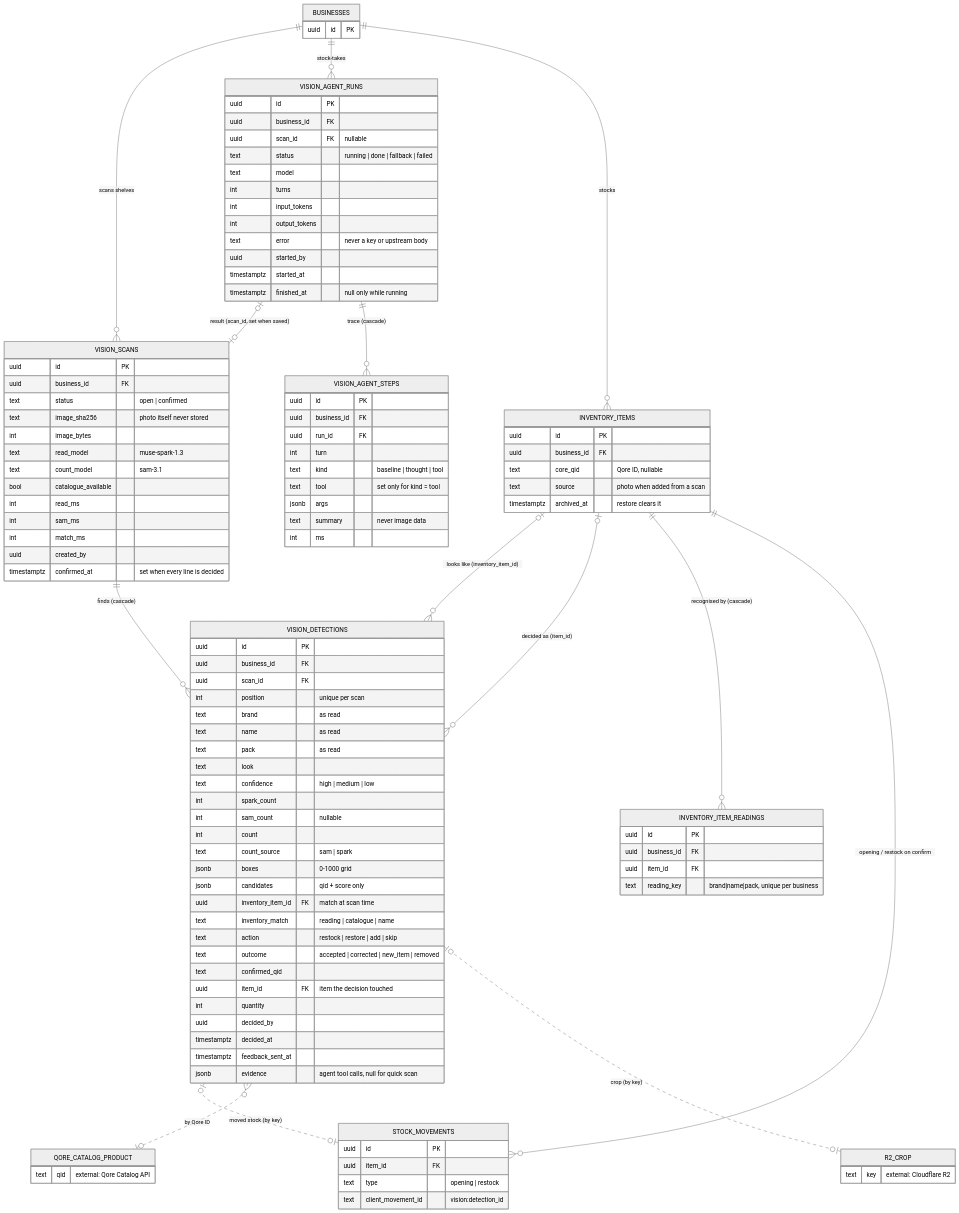
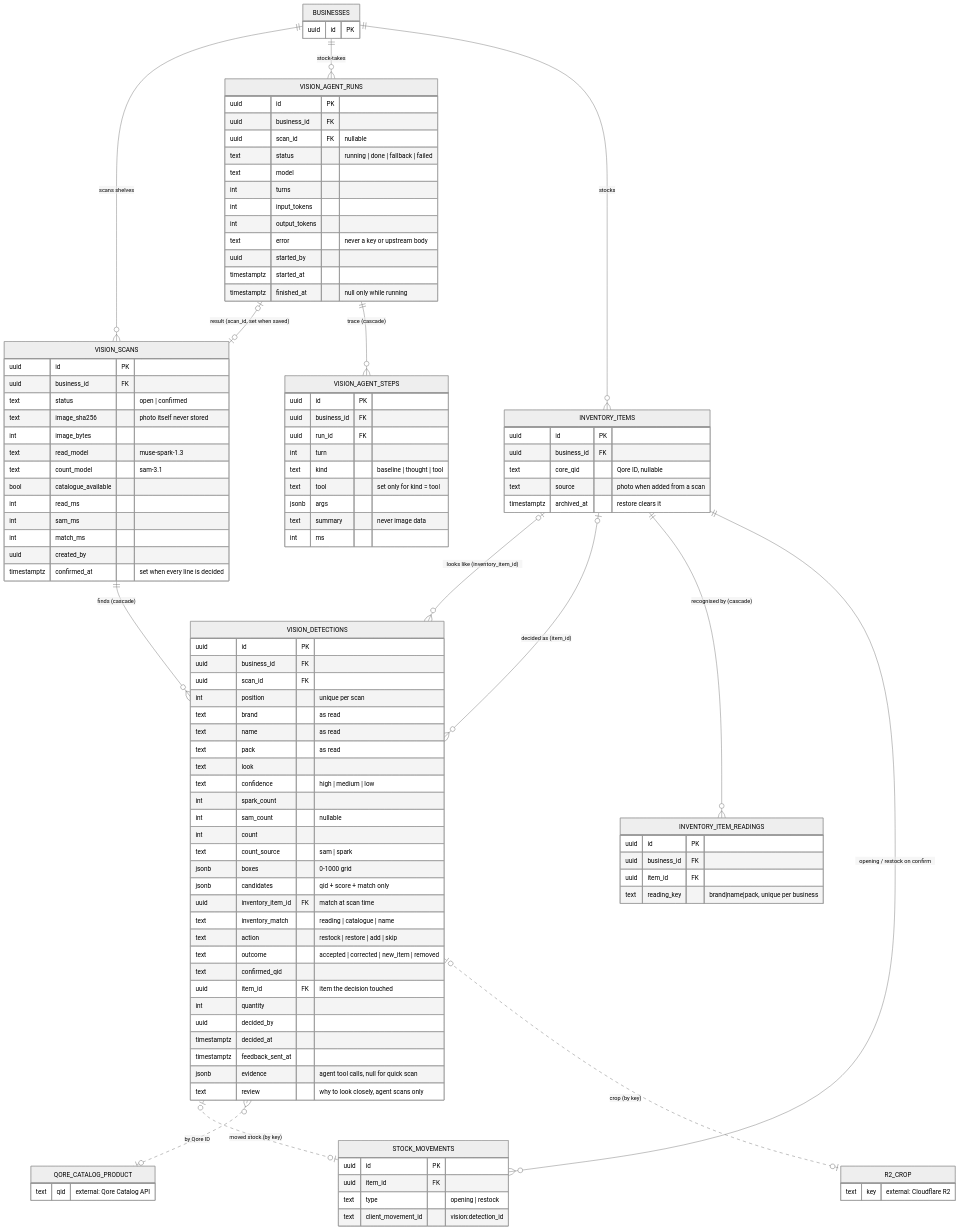
The diagram in docs/diagrams/mermaid/vision-schema-erd.mmd (usecorehq/tally), drawn with Mermaid before and after one commit. The commit also changed 12 other files, not shown here.

Commit message:
docs: stock-take history, reopened scans and the review column

```diff
--- a/docs/diagrams/mermaid/vision-schema-erd.mmd
+++ b/docs/diagrams/mermaid/vision-schema-erd.mmd
@@ -1,113 +1,114 @@
 %%{init: {"theme": "neutral"} }%%
 erDiagram
     %% Solid line = foreign key in Postgres. Dashed line = soft link (a value, no FK).
     BUSINESSES ||--o{ VISION_SCANS : "scans shelves"
     BUSINESSES ||--o{ VISION_AGENT_RUNS : "stock-takes"
     BUSINESSES ||--o{ INVENTORY_ITEMS : stocks
     VISION_SCANS ||--o{ VISION_DETECTIONS : "finds (cascade)"
     VISION_AGENT_RUNS |o--o| VISION_SCANS : "result (scan_id, set when saved)"
     VISION_AGENT_RUNS ||--o{ VISION_AGENT_STEPS : "trace (cascade)"
     INVENTORY_ITEMS |o--o{ VISION_DETECTIONS : "looks like (inventory_item_id)"
     INVENTORY_ITEMS |o--o{ VISION_DETECTIONS : "decided as (item_id)"
     INVENTORY_ITEMS ||--o{ INVENTORY_ITEM_READINGS : "recognised by (cascade)"
     INVENTORY_ITEMS ||--o{ STOCK_MOVEMENTS : "opening / restock on confirm"
     VISION_DETECTIONS |o..o| STOCK_MOVEMENTS : "moved stock (by key)"
     VISION_DETECTIONS }o..o| QORE_CATALOG_PRODUCT : "by Qore ID"
     VISION_DETECTIONS |o..o| R2_CROP : "crop (by key)"
 
     BUSINESSES {
         uuid id PK
     }
     INVENTORY_ITEMS {
         uuid id PK
         uuid business_id FK
         text core_qid "Qore ID, nullable"
         text source "photo when added from a scan"
         timestamptz archived_at "restore clears it"
     }
     VISION_SCANS {
         uuid id PK
         uuid business_id FK
         text status "open | confirmed"
         text image_sha256 "photo itself never stored"
         int image_bytes
         text read_model "muse-spark-1.3"
         text count_model "sam-3.1"
         bool catalogue_available
         int read_ms
         int sam_ms
         int match_ms
         uuid created_by
         timestamptz confirmed_at "set when every line is decided"
     }
     VISION_DETECTIONS {
         uuid id PK
         uuid business_id FK
         uuid scan_id FK
         int position "unique per scan"
         text brand "as read"
         text name "as read"
         text pack "as read"
         text look
         text confidence "high | medium | low"
         int spark_count
         int sam_count "nullable"
         int count
         text count_source "sam | spark"
         jsonb boxes "0-1000 grid"
-        jsonb candidates "qid + score only"
+        jsonb candidates "qid + score + match only"
         uuid inventory_item_id FK "match at scan time"
         text inventory_match "reading | catalogue | name"
         text action "restock | restore | add | skip"
         text outcome "accepted | corrected | new_item | removed"
         text confirmed_qid
         uuid item_id FK "item the decision touched"
         int quantity
         uuid decided_by
         timestamptz decided_at
         timestamptz feedback_sent_at
         jsonb evidence "agent tool calls, null for quick scan"
+        text review "why to look closely, agent scans only"
     }
     INVENTORY_ITEM_READINGS {
         uuid id PK
         uuid business_id FK
         uuid item_id FK
         text reading_key "brand|name|pack, unique per business"
     }
     VISION_AGENT_RUNS {
         uuid id PK
         uuid business_id FK
         uuid scan_id FK "nullable"
         text status "running | done | fallback | failed"
         text model
         int turns
         int input_tokens
         int output_tokens
         text error "never a key or upstream body"
         uuid started_by
         timestamptz started_at
         timestamptz finished_at "null only while running"
     }
     VISION_AGENT_STEPS {
         uuid id PK
         uuid business_id FK
         uuid run_id FK
         int turn
         text kind "baseline | thought | tool"
         text tool "set only for kind = tool"
         jsonb args
         text summary "never image data"
         int ms
     }
     STOCK_MOVEMENTS {
         uuid id PK
         uuid item_id FK
         text type "opening | restock"
         text client_movement_id "vision:detection_id"
     }
     QORE_CATALOG_PRODUCT {
         text qid "external: Qore Catalog API"
     }
     R2_CROP {
         text key "external: Cloudflare R2"
     }
```
